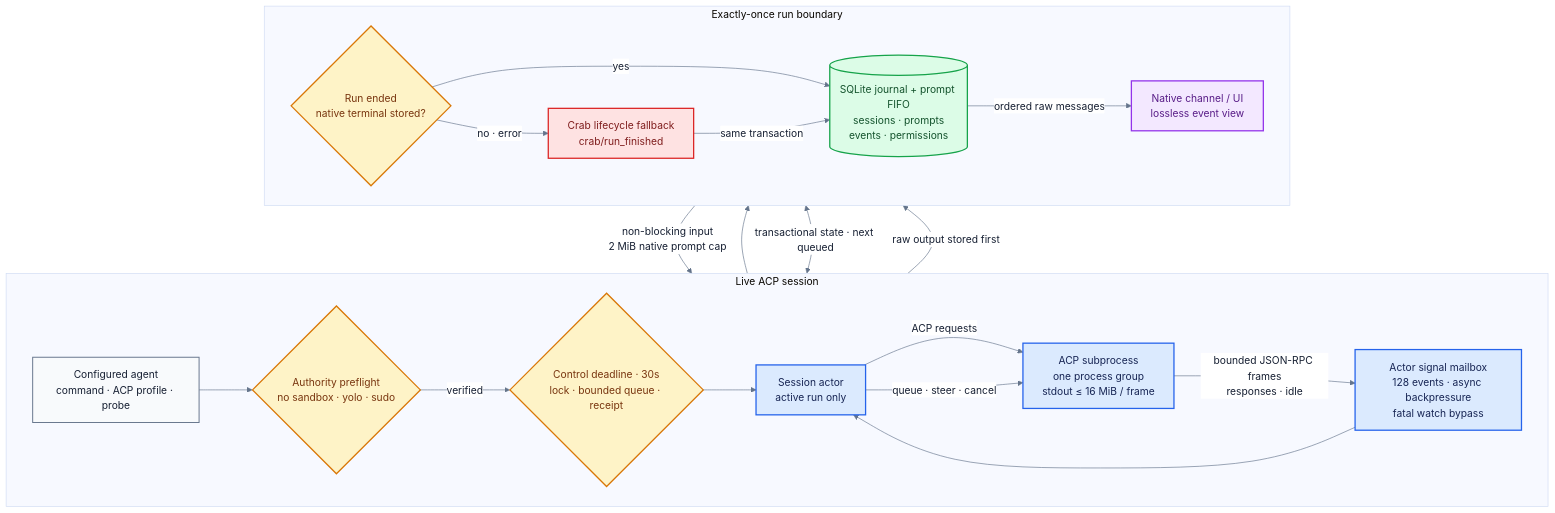
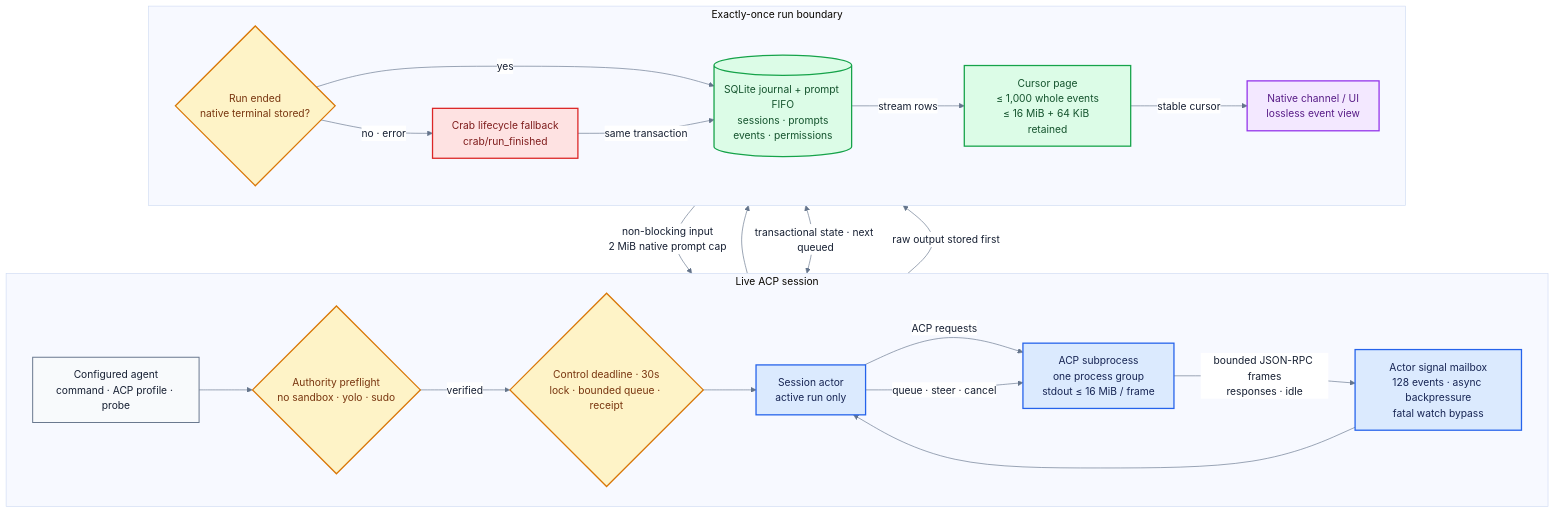
The diagram in v2/docs/agent-host-flow.mmd (fontanierh/crab), drawn with Mermaid before and after one commit. The commit also changed 6 other files, not shown here.

```diff
--- a/v2/docs/agent-host-flow.mmd
+++ b/v2/docs/agent-host-flow.mmd
@@ -1,47 +1,48 @@
 %%{init: {"theme": "base", "themeVariables": {"fontFamily": "ui-sans-serif, system-ui, sans-serif", "primaryTextColor": "#172033", "lineColor": "#64748b", "edgeLabelBackground": "#ffffff"}, "flowchart": {"curve": "basis", "nodeSpacing": 42, "rankSpacing": 58}}}%%
 flowchart TB
     subgraph LIVE["Live ACP session"]
         direction LR
         CONFIG["Configured agent<br/>command · ACP profile · probe"]
         PREFLIGHT{"Authority preflight<br/>no sandbox · yolo · sudo"}
         CONTROL{"Control deadline · 30s<br/>lock · bounded queue · receipt"}
         ACTOR["Session actor<br/>active run only"]
         MAILBOX["Actor signal mailbox<br/>128 events · async backpressure<br/>fatal watch bypass"]
         ACP["ACP subprocess<br/>one process group<br/>stdout ≤ 16 MiB / frame"]
         CONFIG --> PREFLIGHT
         PREFLIGHT -->|"verified"| CONTROL --> ACTOR
         ACTOR -->|"ACP requests"| ACP
         ACP -->|"bounded JSON-RPC frames<br/>responses · idle"| MAILBOX --> ACTOR
         ACTOR -->|"queue · steer · cancel"| ACP
     end
     subgraph DURABLE["Exactly-once run boundary"]
         direction LR
         ENDED{"Run ended<br/>native terminal stored?"}
         FALLBACK["Crab lifecycle fallback<br/>crab/run_finished"]
         DB[("SQLite journal + prompt FIFO<br/>sessions · prompts<br/>events · permissions")]
+        PAGE["Cursor page<br/>≤ 1,000 whole events<br/>≤ 16 MiB + 64 KiB retained"]
         UI["Native channel / UI<br/>lossless event view"]
         ENDED -->|"yes"| DB
         ENDED -->|"no · error"| FALLBACK
         FALLBACK -->|"same transaction"| DB
-        DB -->|"ordered raw messages"| UI
+        DB -->|"stream rows"| PAGE -->|"stable cursor"| UI
     end
 
     ACTOR --> ENDED
     ACTOR <-->|"transactional state · next queued"| DB
     ACP -->|"raw output stored first"| DB
     UI -->|"non-blocking input<br/>2 MiB native prompt cap"| CONTROL
 
     classDef config fill:#f8fafc,stroke:#64748b,stroke-width:1.5px,color:#172033;
     classDef gate fill:#fef3c7,stroke:#d97706,stroke-width:2px,color:#78350f;
     classDef runtime fill:#dbeafe,stroke:#2563eb,stroke-width:2px,color:#172554;
     classDef fallback fill:#fee2e2,stroke:#dc2626,stroke-width:2px,color:#7f1d1d;
     classDef durable fill:#dcfce7,stroke:#16a34a,stroke-width:2px,color:#14532d;
     classDef ui fill:#f3e8ff,stroke:#9333ea,stroke-width:2px,color:#581c87;
 
     class CONFIG config;
     class PREFLIGHT,CONTROL gate;
     class ACTOR,MAILBOX,ACP runtime;
     class FALLBACK fallback;
     class ENDED gate;
-    class DB durable;
+    class DB,PAGE durable;
     class UI ui;
```
